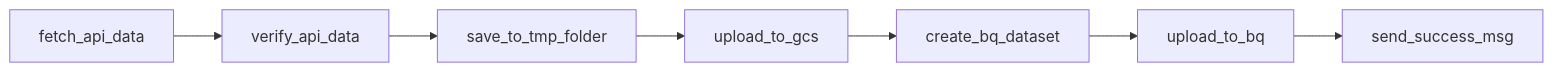
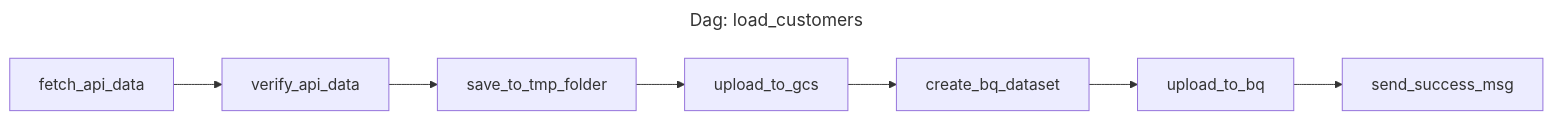
One commit to candychen00/faker-ecom-project__airflow_dbt changed the third of 5 diagrams in airflow/README.md. Above: the diagram before and after it, drawn with Mermaid. The commit also changed other lines of this file and 1 other file, not shown here.

````diff
--- a/airflow/README.md
+++ b/airflow/README.md
@@ -142,9 +154,12 @@
 ```mermaid
+---
+title: "Dag: load_customers"
+---
 flowchart LR
     A[fetch_api_data] --> B[verify_api_data]
     B --> C[save_to_tmp_folder]
     C --> D[upload_to_gcs]
     D --> E[create_bq_dataset]
     E --> F[upload_to_bq]
     F --> G[send_success_msg]
 ```
````
